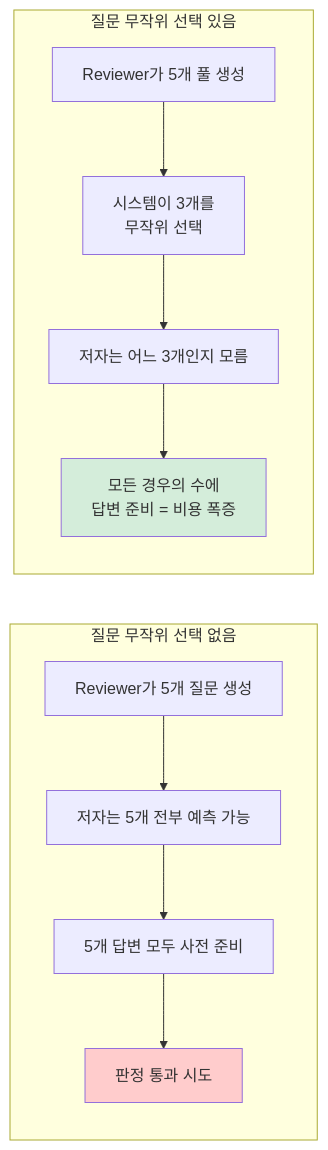
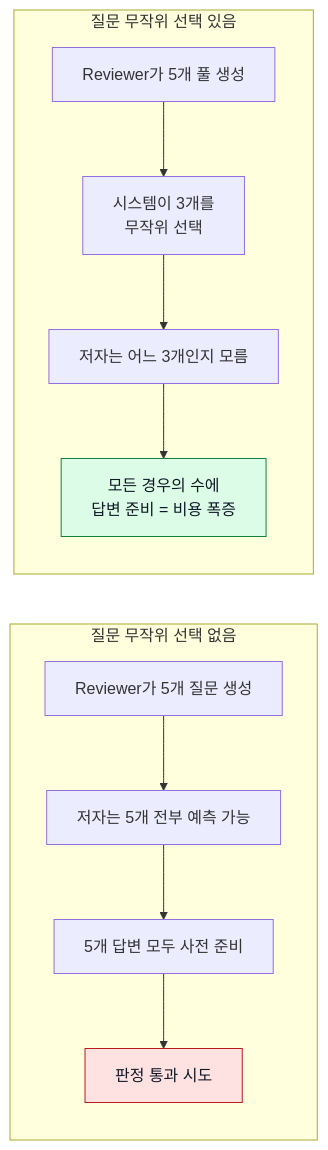
One commit to Jimmy-Jung/ai-symbiote changed the sixth of 12 diagrams in docs/09-검증-레이어-동작원리.md. Above: the diagram before and after it, drawn with Mermaid. The commit also changed other lines of this file and 10 other files, not shown here.

Commit message:
docs(mermaid): 다이어그램 대비 색상 개선

````diff
--- a/docs/09-검증-레이어-동작원리.md
+++ b/docs/09-검증-레이어-동작원리.md
@@ -214,17 +214,17 @@
 ```mermaid
 flowchart LR
     subgraph NoV2c["질문 무작위 선택 없음"]
         A1["Reviewer가 5개 질문 생성"] --> A2["저자는 5개 전부 예측 가능"]
         A2 --> A3["5개 답변 모두 사전 준비"]
         A3 --> A4["판정 통과 시도"]
     end
 
     subgraph WithV2c["질문 무작위 선택 있음"]
         B1["Reviewer가 5개 풀 생성"] --> B2["시스템이 3개를<br/>무작위 선택"]
         B2 --> B3["저자는 어느 3개인지 모름"]
         B3 --> B4["모든 경우의 수에<br/>답변 준비 = 비용 폭증"]
     end
 
-    style A4 fill:#ffcccc
-    style B4 fill:#d4edda
+    style A4 fill:#fee2e2,stroke:#b91c1c,color:#111827
+    style B4 fill:#dcfce7,stroke:#15803d,color:#111827
 ```
````
